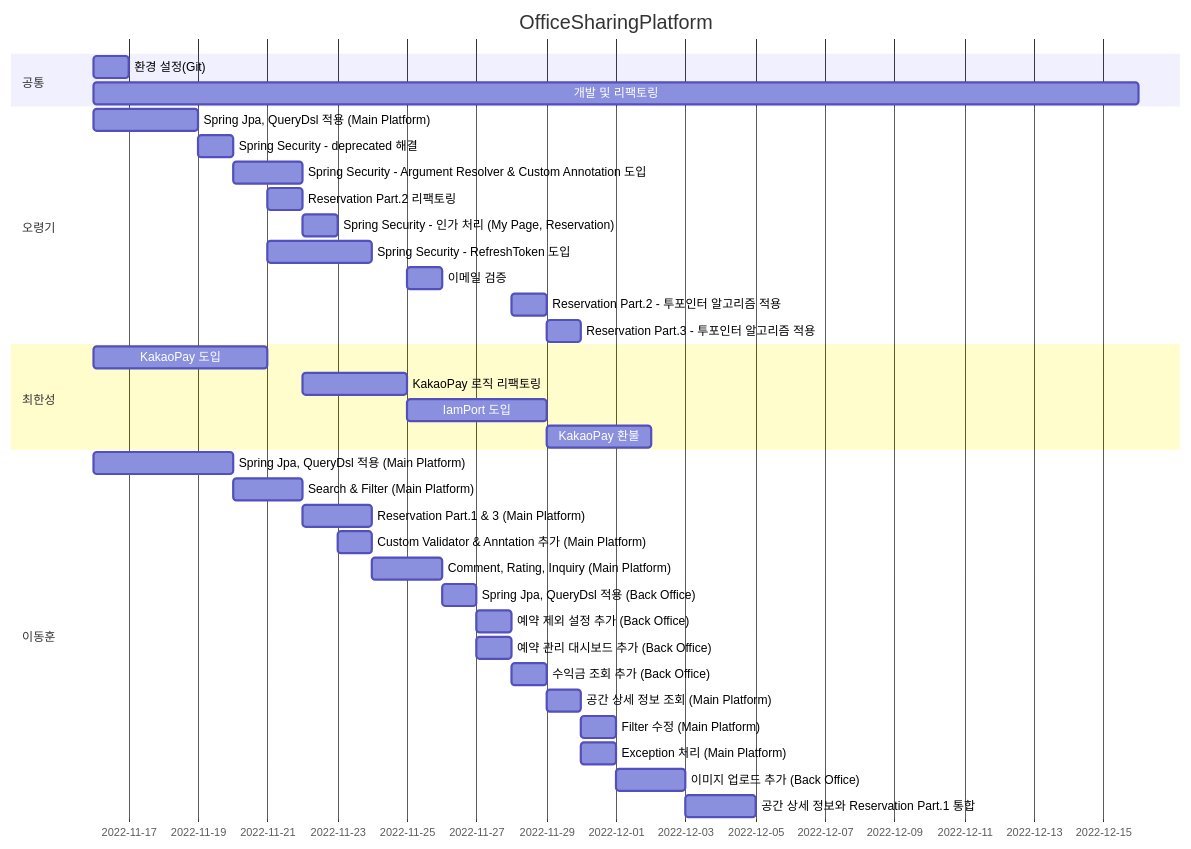
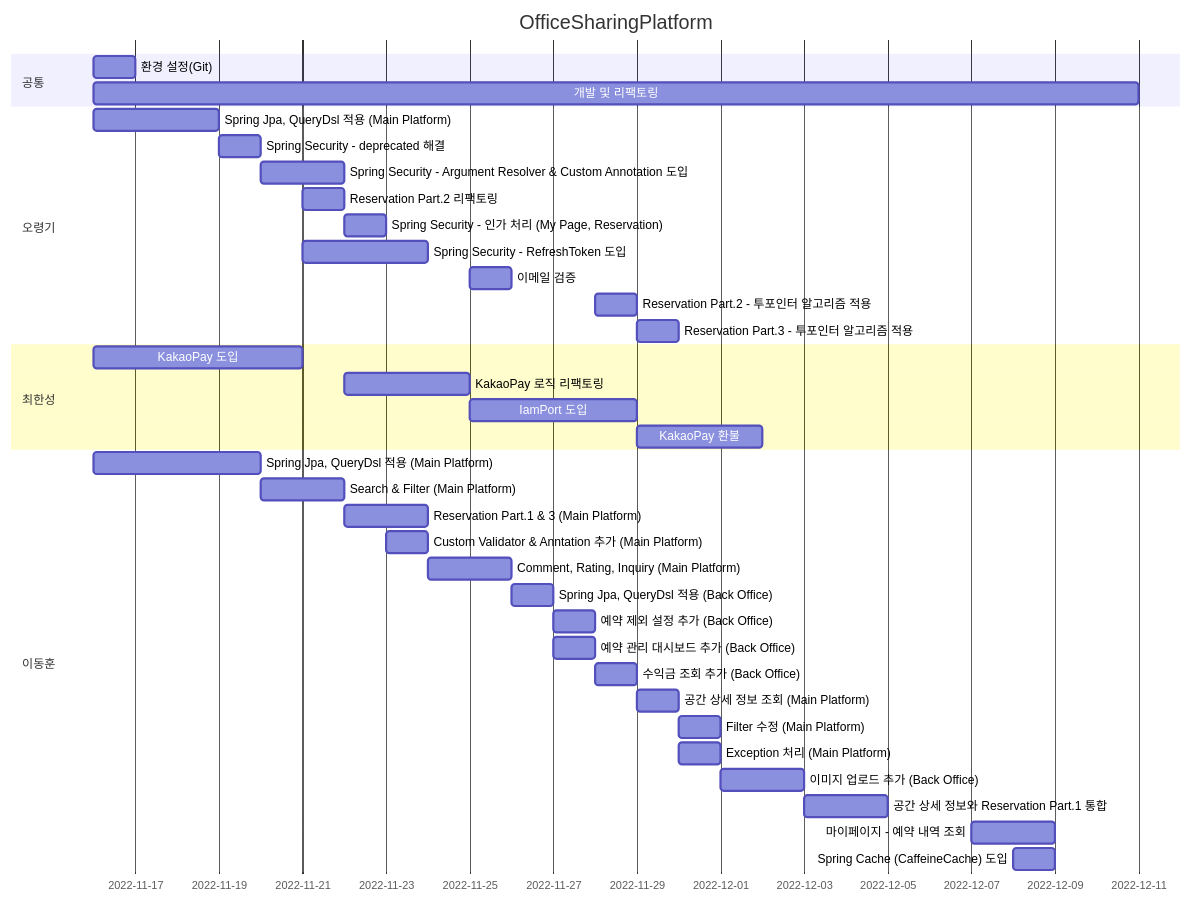
One commit to Hell-O-Demon-World/PlaceSharingPlatformBETest changed the diagram in README.md. Above: the diagram before and after it, drawn with Mermaid. The commit also changed 2 other files, not shown here.

Commit message:
update : Res Logic

````diff
--- a/README.md
+++ b/README.md
@@ -11,44 +11,46 @@
 ```mermaid
 gantt
 dateFormat MM-DD
 title OfficeSharingPlatform
 
     section 공통
     환경 설정(Git)             :chap1, 11-16, 1d
-    개발 및 리팩토링             :chap2, 11-16, 12-16
+    개발 및 리팩토링             :chap2, 11-16, 12-11
 
     section 오령기
     Spring Jpa, QueryDsl 적용 (Main Platform)                     : chap1, 11-16, 3d
     Spring Security - deprecated 해결                             : chap2, 11-19, 1d
     Spring Security - Argument Resolver & Custom Annotation 도입  : chap3, 11-20, 2d
     Reservation Part.2 리팩토링                                    : chap4, 11-21, 1d
     Spring Security -  인가 처리 (My Page, Reservation)            : chap5, 11-22, 1d
     Spring Security - RefreshToken 도입                           : chap6, 11-21, 3d
     이메일 검증                                                     : chap7, 11-25, 1d
     Reservation Part.2 - 투포인터 알고리즘 적용                        : chap8, 11-28, 1d
     Reservation Part.3 - 투포인터 알고리즘 적용                        : chap8, 11-29, 1d
 
     section 최한성
     KakaoPay 도입        : chap1, 11-16, 5d
     KakaoPay 로직 리팩토링 : chap2, 11-22, 3d
     IamPort 도입         : chap3, 11-25, 4d
     KakaoPay 환불        : chap4, 11-29, 3d
     
     section 이동훈
     Spring Jpa, QueryDsl 적용 (Main Platform)         : chap1, 11-16, 4d
     Search & Filter (Main Platform)                  : chap2, 11-20, 2d
     Reservation Part.1 & 3 (Main Platform)           : chap3, 11-22, 2d
     Custom Validator & Anntation 추가 (Main Platform) : chap4, 11-23, 1d
     Comment, Rating, Inquiry (Main Platform)         : chap5, 11-24, 2d
     Spring Jpa, QueryDsl 적용 (Back Office)           : chap6, 11-26, 1d
     예약 제외 설정 추가 (Back Office)                     : chap7, 11-27, 1d
     예약 관리 대시보드 추가 (Back Office)                  : chap8, 11-27, 1d
     수익금 조회 추가 (Back Office)                       : chap9, 11-28, 1d
     공간 상세 정보 조회 (Main Platform)                   : chap10, 11-29, 1d
     Filter 수정 (Main Platform)                       : chap11, 11-30, 1d
     Exception 처리 (Main Platform)                    : chap12, 11-30, 1d
     이미지 업로드 추가 (Back Office)                      : chap13, 12-01, 2d
     공간 상세 정보와 Reservation Part.1 통합               : chap14, 12-03, 2d
+    마이페이지  - 예약 내역 조회                            : chap15, 12-07, 2d
+    Spring Cache (CaffeineCache) 도입                 : chap16, 12-08, 1d
 
 
 ```
````
